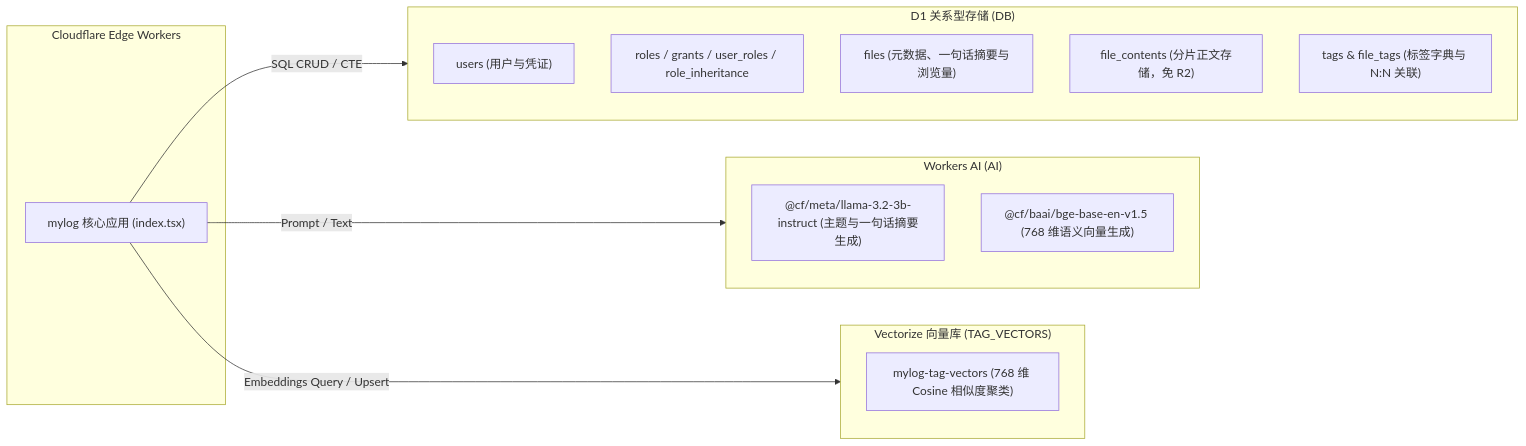
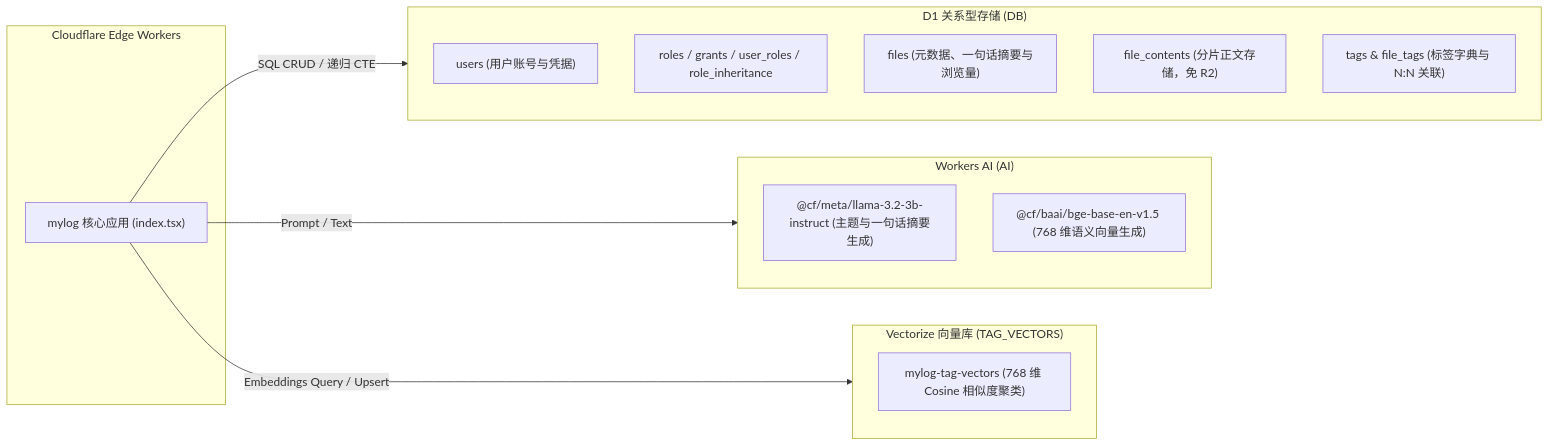
One commit to BIGMAX-RKO007/mylog changed the third of 6 diagrams in DEVELOPMENT.md. Above: the diagram before and after it, drawn with Mermaid. The commit also changed other lines of this file and 15 other files, not shown here.

````diff
--- a/DEVELOPMENT.md
+++ b/DEVELOPMENT.md
@@ -119,27 +194,27 @@
 ```mermaid
 graph LR
     subgraph CF_Edge["Cloudflare Edge Workers"]
         AppCore["mylog 核心应用 (index.tsx)"]
     end
 
     subgraph D1_Engine["D1 关系型存储 (DB)"]
-        T_Users["users (用户与凭证)"]
+        T_Users["users (用户账号与凭据)"]
         T_RBAC["roles / grants / user_roles / role_inheritance"]
         T_Files["files (元数据、一句话摘要与浏览量)"]
         T_Contents["file_contents (分片正文存储，免 R2)"]
         T_Tags["tags & file_tags (标签字典与 N:N 关联)"]
     end
 
     subgraph AI_Engine["Workers AI (AI)"]
         Model_Gen["@cf/meta/llama-3.2-3b-instruct (主题与一句话摘要生成)"]
         Model_Embed["@cf/baai/bge-base-en-v1.5 (768 维语义向量生成)"]
     end
 
     subgraph Vec_Engine["Vectorize 向量库 (TAG_VECTORS)"]
         Vec_Index["mylog-tag-vectors (768 维 Cosine 相似度聚类)"]
     end
 
-    AppCore -->|SQL CRUD / CTE| D1_Engine
+    AppCore -->|SQL CRUD / 递归 CTE| D1_Engine
     AppCore -->|Prompt / Text| AI_Engine
     AppCore -->|Embeddings Query / Upsert| Vec_Engine
 ```
````
